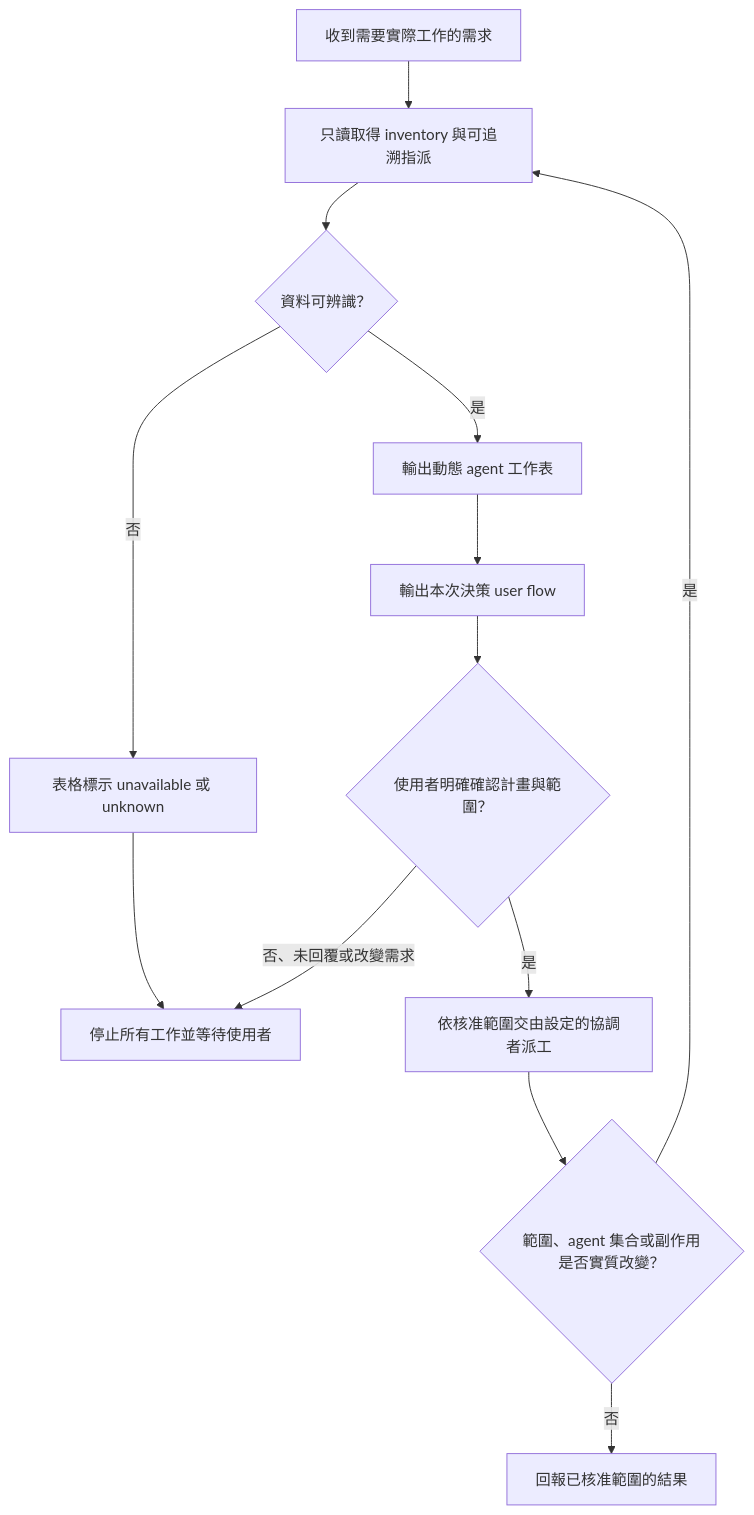
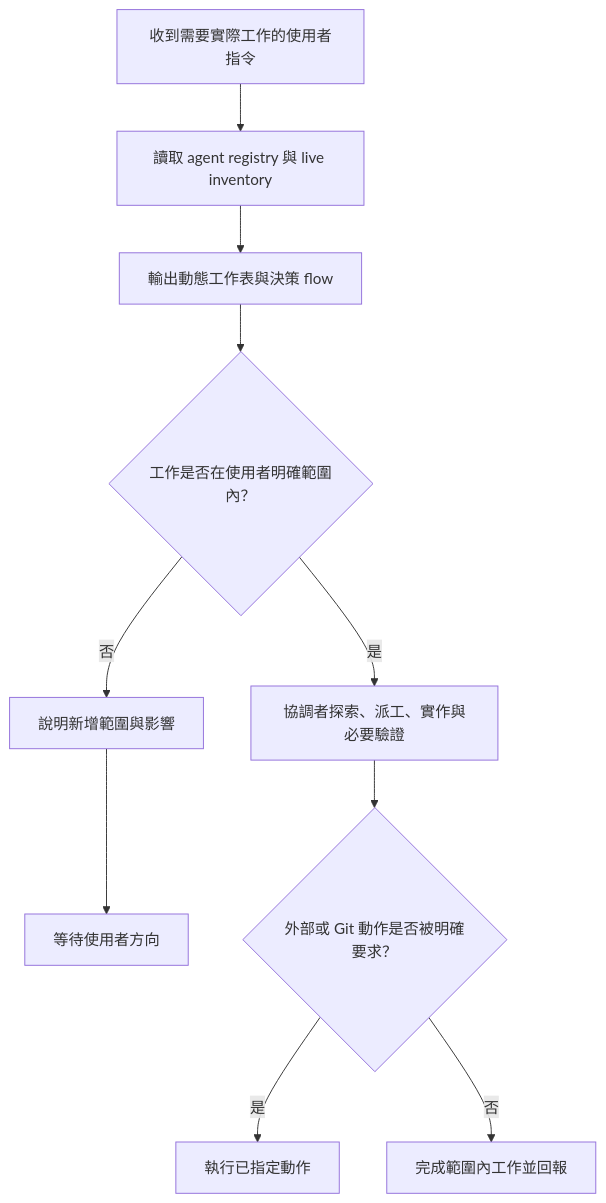
The diagram in skills/subagent-dad/SKILL.md (tar-ooo-ooo/clutch-skills), drawn with Mermaid before and after one commit. The commit also changed other lines of this file and 1 other file, not shown here.

````diff
--- a/skills/subagent-dad/SKILL.md
+++ b/skills/subagent-dad/SKILL.md
@@ -35,15 +35,12 @@
 ```mermaid
 flowchart TD
-    A[收到需要實際工作的需求] --> B[只讀取得 inventory 與可追溯指派]
-    B --> C{資料可辨識？}
-    C -- 否 --> D[表格標示 unavailable 或 unknown]
-    D --> E[停止所有工作並等待使用者]
-    C -- 是 --> F[輸出動態 agent 工作表]
-    F --> G[輸出本次決策 user flow]
-    G --> H{使用者明確確認計畫與範圍？}
-    H -- 否、未回覆或改變需求 --> E
-    H -- 是 --> I[依核准範圍交由設定的協調者派工]
-    I --> J{範圍、agent 集合或副作用是否實質改變？}
-    J -- 是 --> B
-    J -- 否 --> K[回報已核准範圍的結果]
+    A[收到需要實際工作的使用者指令] --> B[讀取 agent registry 與 live inventory]
+    B --> C[輸出動態工作表與決策 flow]
+    C --> D{工作是否在使用者明確範圍內？}
+    D -- 是 --> E[協調者探索、派工、實作與必要驗證]
+    D -- 否 --> F[說明新增範圍與影響]
+    F --> G[等待使用者方向]
+    E --> H{外部或 Git 動作是否被明確要求？}
+    H -- 是 --> I[執行已指定動作]
+    H -- 否 --> J[完成範圍內工作並回報]
 ```
````
